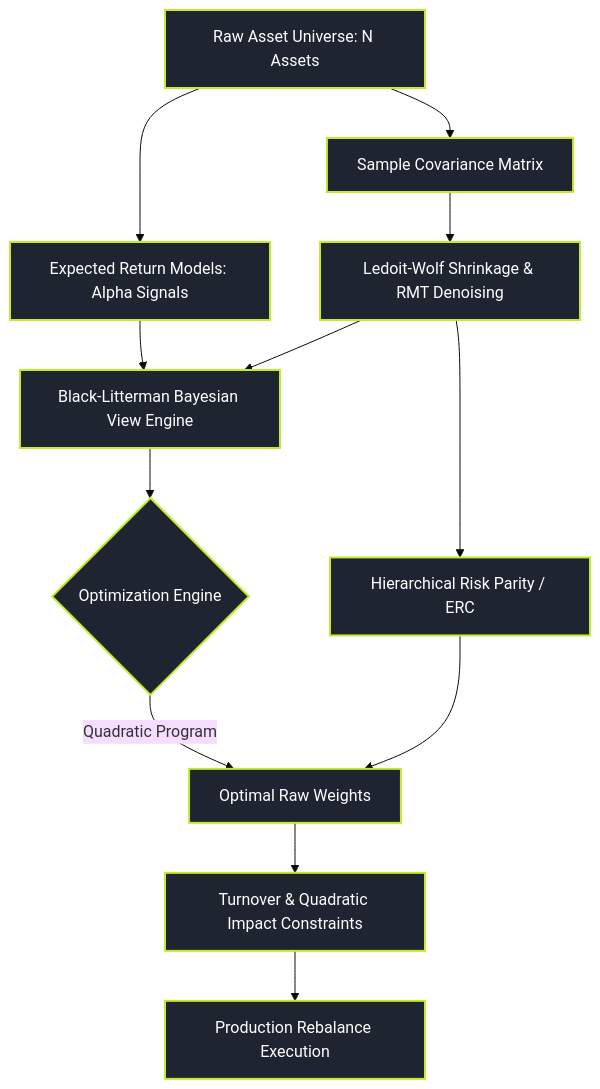
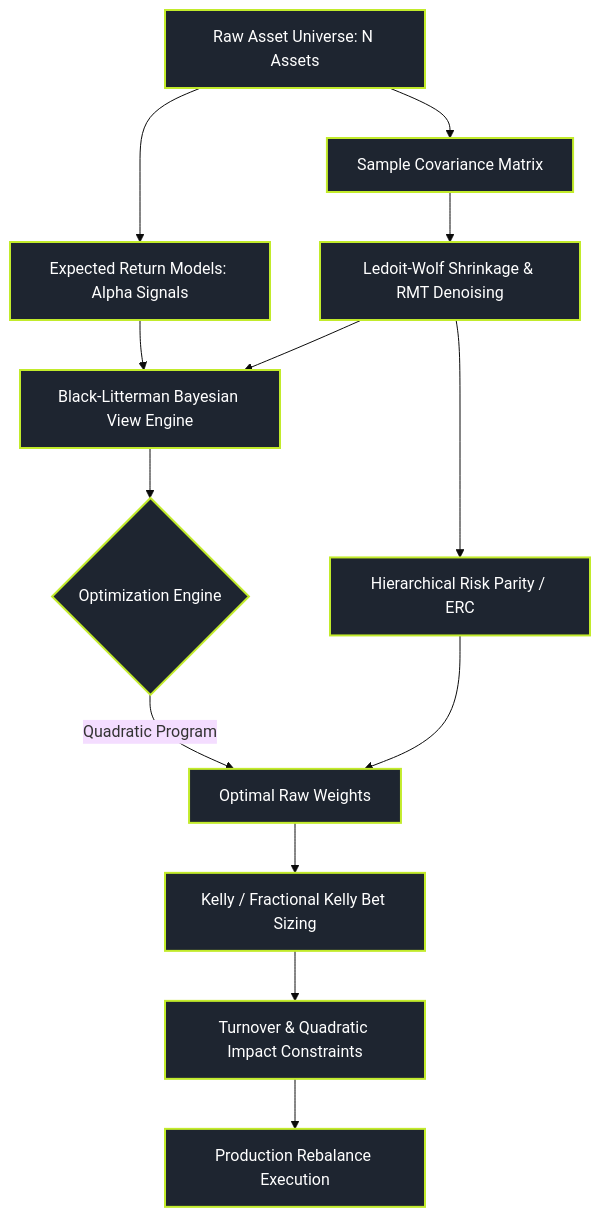
One commit to kwantklubben/kwant-atlas changed the diagram in content/pillars/05-portfolio-optimization/index.md. Above: the diagram before and after it, drawn with Mermaid (base theme). The commit also changed other lines of this file and 2 other files, not shown here.

````diff
--- a/content/pillars/05-portfolio-optimization/index.md
+++ b/content/pillars/05-portfolio-optimization/index.md
@@ -33,17 +50,18 @@
 ```mermaid
 graph TD
     A[Raw Asset Universe: N Assets] --> R[Expected Return Models: Alpha Signals]
     A --> C[Sample Covariance Matrix]
     C --> S[Ledoit-Wolf Shrinkage & RMT Denoising]
     R --> BL[Black-Litterman Bayesian View Engine]
     S --> BL
     BL --> O{Optimization Engine}
     S --> HRP[Hierarchical Risk Parity / ERC]
     O -->|Quadratic Program| W[Optimal Raw Weights]
     HRP --> W
-    W --> T[Turnover & Quadratic Impact Constraints]
+    W --> K[Kelly / Fractional Kelly Bet Sizing]
+    K --> T[Turnover & Quadratic Impact Constraints]
     T --> P[Production Rebalance Execution]
 
     classDef port fill:#1E2530,stroke:#C2EB2B,stroke-width:2px,color:#FFFFFF;
-    class A,R,C,S,BL,O,HRP,W,T,P port;
+    class A,R,C,S,BL,O,HRP,W,K,T,P port;
 ```
````
